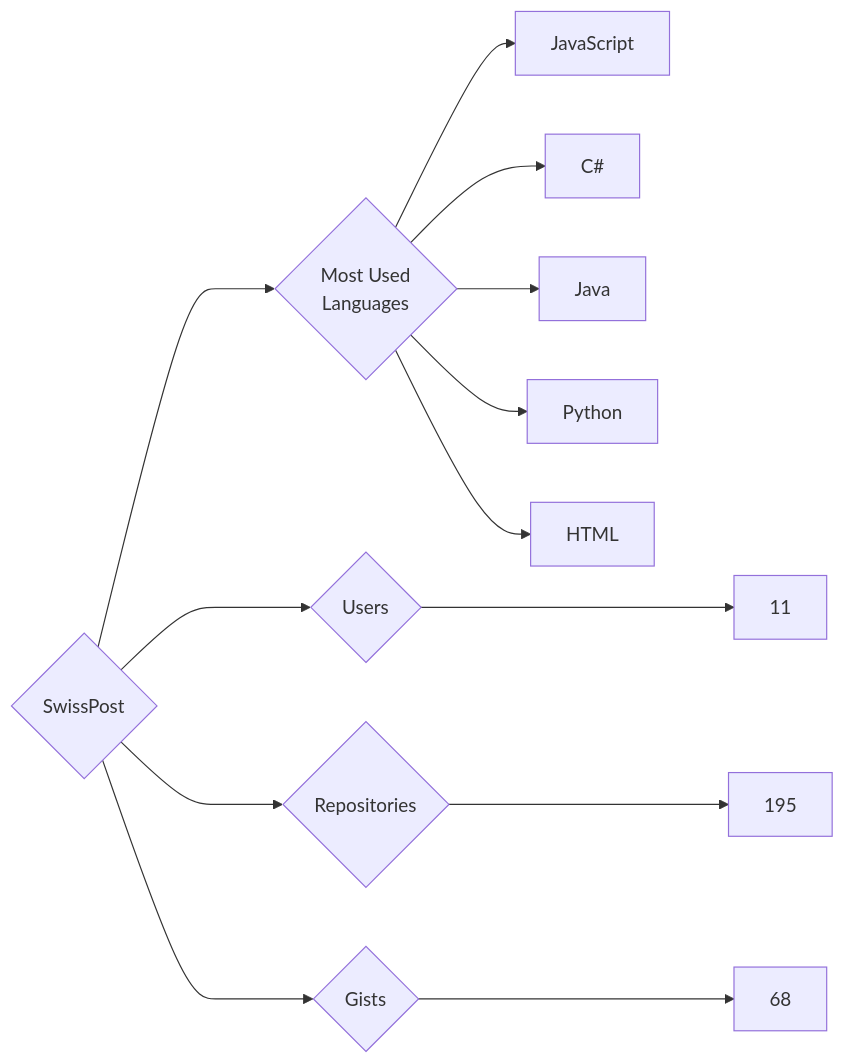
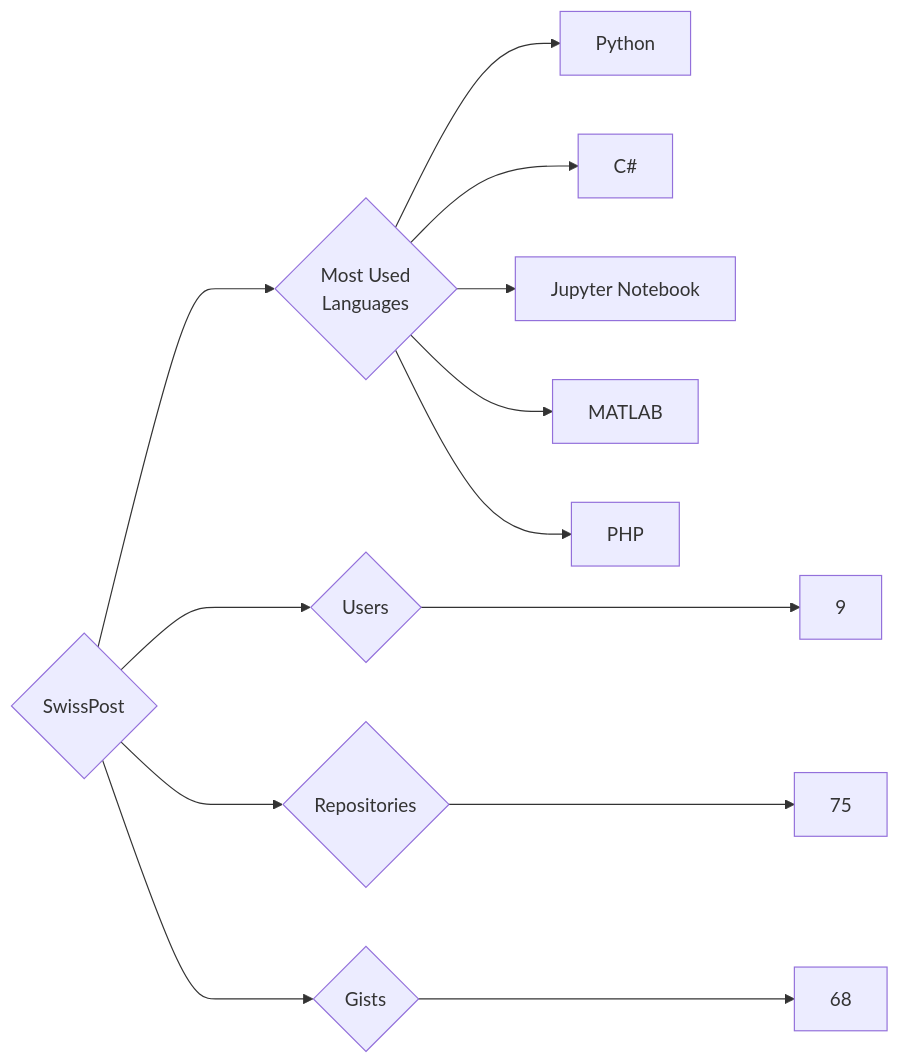
One commit to trickest/insiders changed the diagram in targets/SwissPost/README.md. Above: the diagram before and after it, drawn with Mermaid. The commit also changed 597 other files, not shown here.

````diff
--- a/targets/SwissPost/README.md
+++ b/targets/SwissPost/README.md
@@ -3,13 +3,13 @@
 ```mermaid
 graph LR
 COMPANY_NAME{SwissPost}
-COMPANY_NAME ---> U{Users} ---> UN[11]
-COMPANY_NAME ---> R{Repositories} ---> RN[195]
+COMPANY_NAME ---> U{Users} ---> UN[9]
+COMPANY_NAME ---> R{Repositories} ---> RN[75]
 COMPANY_NAME ---> G{Gists} ---> GN[68]
 COMPANY_NAME ---> ML{Most Used<br>Languages}
-ML --> JavaScript[JavaScript]
+ML --> Python[Python]
 ML --> C#[C#]
-ML --> Java[Java]
-ML --> Python[Python]
-ML --> HTML[HTML]
+ML --> Jupyter_Notebook[Jupyter Notebook]
+ML --> MATLAB[MATLAB]
+ML --> PHP[PHP]
 ```
````
